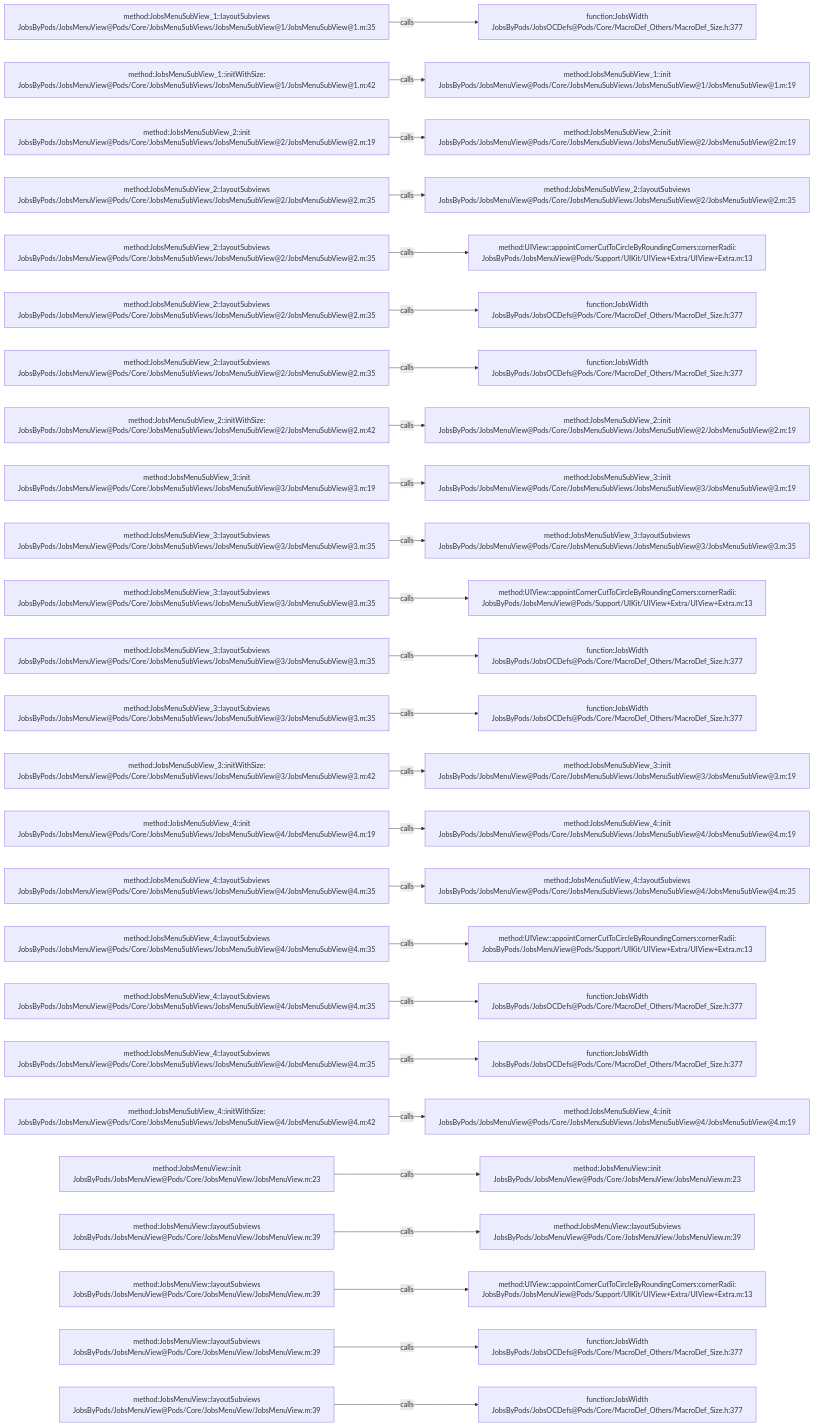
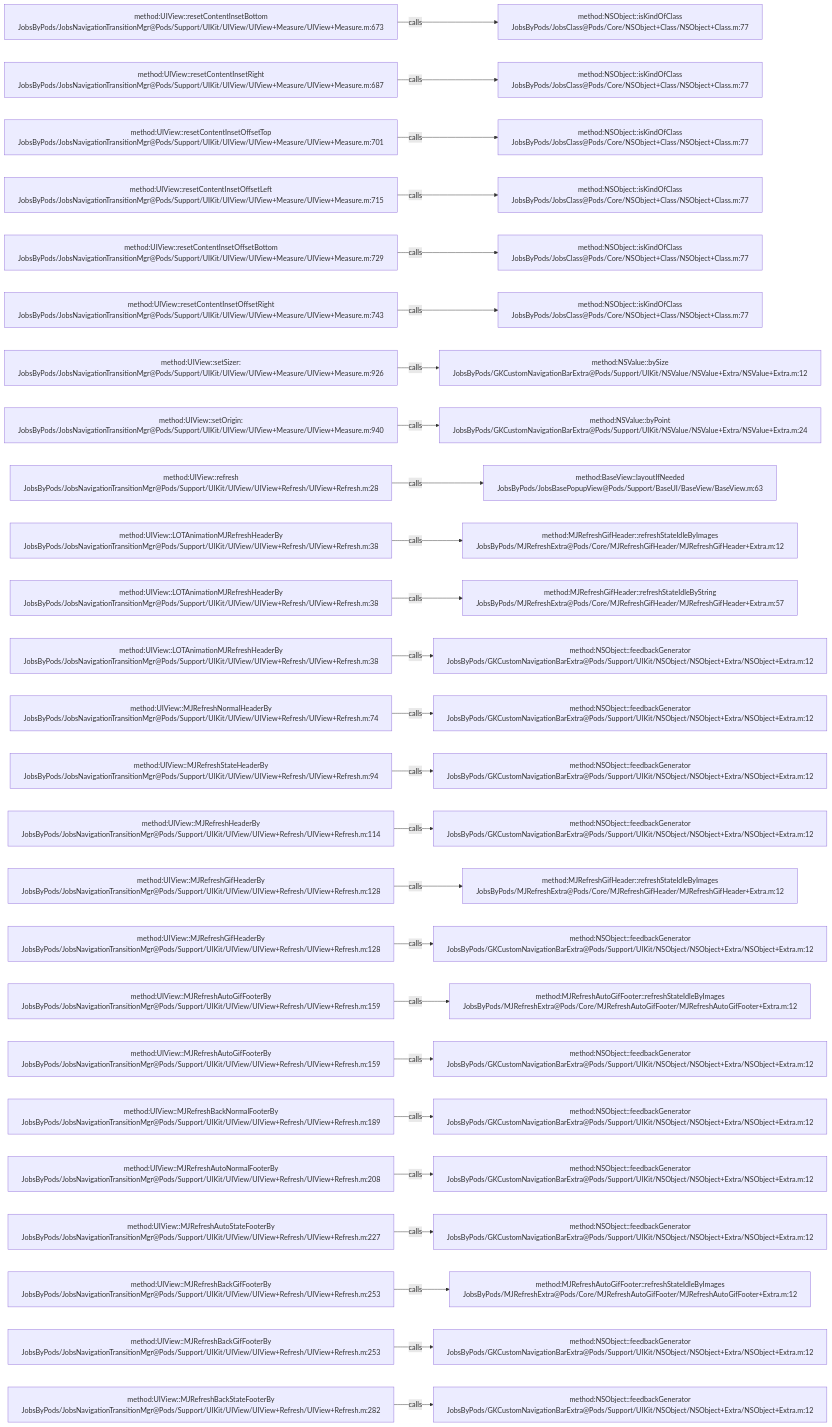
The diagram in .codegraph/codegraph.md/graphs/calls-141.md (JobsKits/JobsOCBaseConfigDemo), drawn with Mermaid before and after one commit. The commit also changed 1026 other files, not shown here.

````diff
--- a/.codegraph/codegraph.md/graphs/calls-141.md
+++ b/.codegraph/codegraph.md/graphs/calls-141.md
@@ -13,78 +13,78 @@
 ```mermaid
 flowchart LR
-  S1["method:JobsMenuSubView_1::layoutSubviews<br/>JobsByPods/JobsMenuView@Pods/Core/JobsMenuSubViews/JobsMenuSubView@1/JobsMenuSubView@1.m:35"]
-  T1["function:JobsWidth<br/>JobsByPods/JobsOCDefs@Pods/Core/MacroDef_Others/MacroDef_Size.h:377"]
+  S1["method:UIView::resetContentInsetBottom<br/>JobsByPods/JobsNavigationTransitionMgr@Pods/Support/UIKit/UIView/UIView+Measure/UIView+Measure.m:673"]
+  T1["method:NSObject::isKindOfClass<br/>JobsByPods/JobsClass@Pods/Core/NSObject+Class/NSObject+Class.m:77"]
   S1 -->|calls| T1
-  S2["method:JobsMenuSubView_1::initWithSize:<br/>JobsByPods/JobsMenuView@Pods/Core/JobsMenuSubViews/JobsMenuSubView@1/JobsMenuSubView@1.m:42"]
-  T2["method:JobsMenuSubView_1::init<br/>JobsByPods/JobsMenuView@Pods/Core/JobsMenuSubViews/JobsMenuSubView@1/JobsMenuSubView@1.m:19"]
+  S2["method:UIView::resetContentInsetRight<br/>JobsByPods/JobsNavigationTransitionMgr@Pods/Support/UIKit/UIView/UIView+Measure/UIView+Measure.m:687"]
+  T2["method:NSObject::isKindOfClass<br/>JobsByPods/JobsClass@Pods/Core/NSObject+Class/NSObject+Class.m:77"]
   S2 -->|calls| T2
-  S3["method:JobsMenuSubView_2::init<br/>JobsByPods/JobsMenuView@Pods/Core/JobsMenuSubViews/JobsMenuSubView@2/JobsMenuSubView@2.m:19"]
-  T3["method:JobsMenuSubView_2::init<br/>JobsByPods/JobsMenuView@Pods/Core/JobsMenuSubViews/JobsMenuSubView@2/JobsMenuSubView@2.m:19"]
+  S3["method:UIView::resetContentInsetOffsetTop<br/>JobsByPods/JobsNavigationTransitionMgr@Pods/Support/UIKit/UIView/UIView+Measure/UIView+Measure.m:701"]
+  T3["method:NSObject::isKindOfClass<br/>JobsByPods/JobsClass@Pods/Core/NSObject+Class/NSObject+Class.m:77"]
   S3 -->|calls| T3
-  S4["method:JobsMenuSubView_2::layoutSubviews<br/>JobsByPods/JobsMenuView@Pods/Core/JobsMenuSubViews/JobsMenuSubView@2/JobsMenuSubView@2.m:35"]
-  T4["method:JobsMenuSubView_2::layoutSubviews<br/>JobsByPods/JobsMenuView@Pods/Core/JobsMenuSubViews/JobsMenuSubView@2/JobsMenuSubView@2.m:35"]
+  S4["method:UIView::resetContentInsetOffsetLeft<br/>JobsByPods/JobsNavigationTransitionMgr@Pods/Support/UIKit/UIView/UIView+Measure/UIView+Measure.m:715"]
+  T4["method:NSObject::isKindOfClass<br/>JobsByPods/JobsClass@Pods/Core/NSObject+Class/NSObject+Class.m:77"]
   S4 -->|calls| T4
-  S5["method:JobsMenuSubView_2::layoutSubviews<br/>JobsByPods/JobsMenuView@Pods/Core/JobsMenuSubViews/JobsMenuSubView@2/JobsMenuSubView@2.m:35"]
-  T5["method:UIView::appointCornerCutToCircleByRoundingCorners:cornerRadii:<br/>JobsByPods/JobsMenuView@Pods/Support/UIKit/UIView+Extra/UIView+Extra.m:13"]
+  S5["method:UIView::resetContentInsetOffsetBottom<br/>JobsByPods/JobsNavigationTransitionMgr@Pods/Support/UIKit/UIView/UIView+Measure/UIView+Measure.m:729"]
+  T5["method:NSObject::isKindOfClass<br/>JobsByPods/JobsClass@Pods/Core/NSObject+Class/NSObject+Class.m:77"]
   S5 -->|calls| T5
-  S6["method:JobsMenuSubView_2::layoutSubviews<br/>JobsByPods/JobsMenuView@Pods/Core/JobsMenuSubViews/JobsMenuSubView@2/JobsMenuSubView@2.m:35"]
-  T6["function:JobsWidth<br/>JobsByPods/JobsOCDefs@Pods/Core/MacroDef_Others/MacroDef_Size.h:377"]
+  S6["method:UIView::resetContentInsetOffsetRight<br/>JobsByPods/JobsNavigationTransitionMgr@Pods/Support/UIKit/UIView/UIView+Measure/UIView+Measure.m:743"]
+  T6["method:NSObject::isKindOfClass<br/>JobsByPods/JobsClass@Pods/Core/NSObject+Class/NSObject+Class.m:77"]
   S6 -->|calls| T6
-  S7["method:JobsMenuSubView_2::layoutSubviews<br/>JobsByPods/JobsMenuView@Pods/Core/JobsMenuSubViews/JobsMenuSubView@2/JobsMenuSubView@2.m:35"]
-  T7["function:JobsWidth<br/>JobsByPods/JobsOCDefs@Pods/Core/MacroDef_Others/MacroDef_Size.h:377"]
+  S7["method:UIView::setSizer:<br/>JobsByPods/JobsNavigationTransitionMgr@Pods/Support/UIKit/UIView/UIView+Measure/UIView+Measure.m:926"]
+  T7["method:NSValue::bySize<br/>JobsByPods/GKCustomNavigationBarExtra@Pods/Support/UIKit/NSValue/NSValue+Extra/NSValue+Extra.m:12"]
   S7 -->|calls| T7
-  S8["method:JobsMenuSubView_2::initWithSize:<br/>JobsByPods/JobsMenuView@Pods/Core/JobsMenuSubViews/JobsMenuSubView@2/JobsMenuSubView@2.m:42"]
-  T8["method:JobsMenuSubView_2::init<br/>JobsByPods/JobsMenuView@Pods/Core/JobsMenuSubViews/JobsMenuSubView@2/JobsMenuSubView@2.m:19"]
+  S8["method:UIView::setOrigin:<br/>JobsByPods/JobsNavigationTransitionMgr@Pods/Support/UIKit/UIView/UIView+Measure/UIView+Measure.m:940"]
+  T8["method:NSValue::byPoint<br/>JobsByPods/GKCustomNavigationBarExtra@Pods/Support/UIKit/NSValue/NSValue+Extra/NSValue+Extra.m:24"]
   S8 -->|calls| T8
-  S9["method:JobsMenuSubView_3::init<br/>JobsByPods/JobsMenuView@Pods/Core/JobsMenuSubViews/JobsMenuSubView@3/JobsMenuSubView@3.m:19"]
-  T9["method:JobsMenuSubView_3::init<br/>JobsByPods/JobsMenuView@Pods/Core/JobsMenuSubViews/JobsMenuSubView@3/JobsMenuSubView@3.m:19"]
+  S9["method:UIView::refresh<br/>JobsByPods/JobsNavigationTransitionMgr@Pods/Support/UIKit/UIView/UIView+Refresh/UIView+Refresh.m:28"]
+  T9["method:BaseView::layoutIfNeeded<br/>JobsByPods/JobsBasePopupView@Pods/Support/BaseUI/BaseView/BaseView.m:63"]
   S9 -->|calls| T9
-  S10["method:JobsMenuSubView_3::layoutSubviews<br/>JobsByPods/JobsMenuView@Pods/Core/JobsMenuSubViews/JobsMenuSubView@3/JobsMenuSubView@3.m:35"]
-  T10["method:JobsMenuSubView_3::layoutSubviews<br/>JobsByPods/JobsMenuView@Pods/Core/JobsMenuSubViews/JobsMenuSubView@3/JobsMenuSubView@3.m:35"]
+  S10["method:UIView::LOTAnimationMJRefreshHeaderBy<br/>JobsByPods/JobsNavigationTransitionMgr@Pods/Support/UIKit/UIView/UIView+Refresh/UIView+Refresh.m:38"]
+  T10["method:MJRefreshGifHeader::refreshStateIdleByImages<br/>JobsByPods/MJRefreshExtra@Pods/Core/MJRefreshGifHeader/MJRefreshGifHeader+Extra.m:12"]
   S10 -->|calls| T10
-  S11["method:JobsMenuSubView_3::layoutSubviews<br/>JobsByPods/JobsMenuView@Pods/Core/JobsMenuSubViews/JobsMenuSubView@3/JobsMenuSubView@3.m:35"]
-  T11["method:UIView::appointCornerCutToCircleByRoundingCorners:cornerRadii:<br/>JobsByPods/JobsMenuView@Pods/Support/UIKit/UIView+Extra/UIView+Extra.m:13"]
+  S11["method:UIView::LOTAnimationMJRefreshHeaderBy<br/>JobsByPods/JobsNavigationTransitionMgr@Pods/Support/UIKit/UIView/UIView+Refresh/UIView+Refresh.m:38"]
+  T11["method:MJRefreshGifHeader::refreshStateIdleByString<br/>JobsByPods/MJRefreshExtra@Pods/Core/MJRefreshGifHeader/MJRefreshGifHeader+Extra.m:57"]
   S11 -->|calls| T11
-  S12["method:JobsMenuSubView_3::layoutSubviews<br/>JobsByPods/JobsMenuView@Pods/Core/JobsMenuSubViews/JobsMenuSubView@3/JobsMenuSubView@3.m:35"]
-  T12["function:JobsWidth<br/>JobsByPods/JobsOCDefs@Pods/Core/MacroDef_Others/MacroDef_Size.h:377"]
+  S12["method:UIView::LOTAnimationMJRefreshHeaderBy<br/>JobsByPods/JobsNavigationTransitionMgr@Pods/Support/UIKit/UIView/UIView+Refresh/UIView+Refresh.m:38"]
+  T12["method:NSObject::feedbackGenerator<br/>JobsByPods/GKCustomNavigationBarExtra@Pods/Support/UIKit/NSObject/NSObject+Extra/NSObject+Extra.m:12"]
   S12 -->|calls| T12
-  S13["method:JobsMenuSubView_3::layoutSubviews<br/>JobsByPods/JobsMenuView@Pods/Core/JobsMenuSubViews/JobsMenuSubView@3/JobsMenuSubView@3.m:35"]
-  T13["function:JobsWidth<br/>JobsByPods/JobsOCDefs@Pods/Core/MacroDef_Others/MacroDef_Size.h:377"]
+  S13["method:UIView::MJRefreshNormalHeaderBy<br/>JobsByPods/JobsNavigationTransitionMgr@Pods/Support/UIKit/UIView/UIView+Refresh/UIView+Refresh.m:74"]
+  T13["method:NSObject::feedbackGenerator<br/>JobsByPods/GKCustomNavigationBarExtra@Pods/Support/UIKit/NSObject/NSObject+Extra/NSObject+Extra.m:12"]
   S13 -->|calls| T13
-  S14["method:JobsMenuSubView_3::initWithSize:<br/>JobsByPods/JobsMenuView@Pods/Core/JobsMenuSubViews/JobsMenuSubView@3/JobsMenuSubView@3.m:42"]
-  T14["method:JobsMenuSubView_3::init<br/>JobsByPods/JobsMenuView@Pods/Core/JobsMenuSubViews/JobsMenuSubView@3/JobsMenuSubView@3.m:19"]
+  S14["method:UIView::MJRefreshStateHeaderBy<br/>JobsByPods/JobsNavigationTransitionMgr@Pods/Support/UIKit/UIView/UIView+Refresh/UIView+Refresh.m:94"]
+  T14["method:NSObject::feedbackGenerator<br/>JobsByPods/GKCustomNavigationBarExtra@Pods/Support/UIKit/NSObject/NSObject+Extra/NSObject+Extra.m:12"]
   S14 -->|calls| T14
-  S15["method:JobsMenuSubView_4::init<br/>JobsByPods/JobsMenuView@Pods/Core/JobsMenuSubViews/JobsMenuSubView@4/JobsMenuSubView@4.m:19"]
-  T15["method:JobsMenuSubView_4::init<br/>JobsByPods/JobsMenuView@Pods/Core/JobsMenuSubViews/JobsMenuSubView@4/JobsMenuSubView@4.m:19"]
+  S15["method:UIView::MJRefreshHeaderBy<br/>JobsByPods/JobsNavigationTransitionMgr@Pods/Support/UIKit/UIView/UIView+Refresh/UIView+Refresh.m:114"]
+  T15["method:NSObject::feedbackGenerator<br/>JobsByPods/GKCustomNavigationBarExtra@Pods/Support/UIKit/NSObject/NSObject+Extra/NSObject+Extra.m:12"]
   S15 -->|calls| T15
-  S16["method:JobsMenuSubView_4::layoutSubviews<br/>JobsByPods/JobsMenuView@Pods/Core/JobsMenuSubViews/JobsMenuSubView@4/JobsMenuSubView@4.m:35"]
-  T16["method:JobsMenuSubView_4::layoutSubviews<br/>JobsByPods/JobsMenuView@Pods/Core/JobsMenuSubViews/JobsMenuSubView@4/JobsMenuSubView@4.m:35"]
+  S16["method:UIView::MJRefreshGifHeaderBy<br/>JobsByPods/JobsNavigationTransitionMgr@Pods/Support/UIKit/UIView/UIView+Refresh/UIView+Refresh.m:128"]
+  T16["method:MJRefreshGifHeader::refreshStateIdleByImages<br/>JobsByPods/MJRefreshExtra@Pods/Core/MJRefreshGifHeader/MJRefreshGifHeader+Extra.m:12"]
   S16 -->|calls| T16
-  S17["method:JobsMenuSubView_4::layoutSubviews<br/>JobsByPods/JobsMenuView@Pods/Core/JobsMenuSubViews/JobsMenuSubView@4/JobsMenuSubView@4.m:35"]
-  T17["method:UIView::appointCornerCutToCircleByRoundingCorners:cornerRadii:<br/>JobsByPods/JobsMenuView@Pods/Support/UIKit/UIView+Extra/UIView+Extra.m:13"]
+  S17["method:UIView::MJRefreshGifHeaderBy<br/>JobsByPods/JobsNavigationTransitionMgr@Pods/Support/UIKit/UIView/UIView+Refresh/UIView+Refresh.m:128"]
+  T17["method:NSObject::feedbackGenerator<br/>JobsByPods/GKCustomNavigationBarExtra@Pods/Support/UIKit/NSObject/NSObject+Extra/NSObject+Extra.m:12"]
   S17 -->|calls| T17
-  S18["method:JobsMenuSubView_4::layoutSubviews<br/>JobsByPods/JobsMenuView@Pods/Core/JobsMenuSubViews/JobsMenuSubView@4/JobsMenuSubView@4.m:35"]
-  T18["function:JobsWidth<br/>JobsByPods/JobsOCDefs@Pods/Core/MacroDef_Others/MacroDef_Size.h:377"]
+  S18["method:UIView::MJRefreshAutoGifFooterBy<br/>JobsByPods/JobsNavigationTransitionMgr@Pods/Support/UIKit/UIView/UIView+Refresh/UIView+Refresh.m:159"]
+  T18["method:MJRefreshAutoGifFooter::refreshStateIdleByImages<br/>JobsByPods/MJRefreshExtra@Pods/Core/MJRefreshAutoGifFooter/MJRefreshAutoGifFooter+Extra.m:12"]
   S18 -->|calls| T18
-  S19["method:JobsMenuSubView_4::layoutSubviews<br/>JobsByPods/JobsMenuView@Pods/Core/JobsMenuSubViews/JobsMenuSubView@4/JobsMenuSubView@4.m:35"]
-  T19["function:JobsWidth<br/>JobsByPods/JobsOCDefs@Pods/Core/MacroDef_Others/MacroDef_Size.h:377"]
+  S19["method:UIView::MJRefreshAutoGifFooterBy<br/>JobsByPods/JobsNavigationTransitionMgr@Pods/Support/UIKit/UIView/UIView+Refresh/UIView+Refresh.m:159"]
+  T19["method:NSObject::feedbackGenerator<br/>JobsByPods/GKCustomNavigationBarExtra@Pods/Support/UIKit/NSObject/NSObject+Extra/NSObject+Extra.m:12"]
   S19 -->|calls| T19
-  S20["method:JobsMenuSubView_4::initWithSize:<br/>JobsByPods/JobsMenuView@Pods/Core/JobsMenuSubViews/JobsMenuSubView@4/JobsMenuSubView@4.m:42"]
-  T20["method:JobsMenuSubView_4::init<br/>JobsByPods/JobsMenuView@Pods/Core/JobsMenuSubViews/JobsMenuSubView@4/JobsMenuSubView@4.m:19"]
+  S20["method:UIView::MJRefreshBackNormalFooterBy<br/>JobsByPods/JobsNavigationTransitionMgr@Pods/Support/UIKit/UIView/UIView+Refresh/UIView+Refresh.m:189"]
+  T20["method:NSObject::feedbackGenerator<br/>JobsByPods/GKCustomNavigationBarExtra@Pods/Support/UIKit/NSObject/NSObject+Extra/NSObject+Extra.m:12"]
   S20 -->|calls| T20
-  S21["method:JobsMenuView::init<br/>JobsByPods/JobsMenuView@Pods/Core/JobsMenuView/JobsMenuView.m:23"]
-  T21["method:JobsMenuView::init<br/>JobsByPods/JobsMenuView@Pods/Core/JobsMenuView/JobsMenuView.m:23"]
+  S21["method:UIView::MJRefreshAutoNormalFooterBy<br/>JobsByPods/JobsNavigationTransitionMgr@Pods/Support/UIKit/UIView/UIView+Refresh/UIView+Refresh.m:208"]
+  T21["method:NSObject::feedbackGenerator<br/>JobsByPods/GKCustomNavigationBarExtra@Pods/Support/UIKit/NSObject/NSObject+Extra/NSObject+Extra.m:12"]
   S21 -->|calls| T21
-  S22["method:JobsMenuView::layoutSubviews<br/>JobsByPods/JobsMenuView@Pods/Core/JobsMenuView/JobsMenuView.m:39"]
-  T22["method:JobsMenuView::layoutSubviews<br/>JobsByPods/JobsMenuView@Pods/Core/JobsMenuView/JobsMenuView.m:39"]
+  S22["method:UIView::MJRefreshAutoStateFooterBy<br/>JobsByPods/JobsNavigationTransitionMgr@Pods/Support/UIKit/UIView/UIView+Refresh/UIView+Refresh.m:227"]
+  T22["method:NSObject::feedbackGenerator<br/>JobsByPods/GKCustomNavigationBarExtra@Pods/Support/UIKit/NSObject/NSObject+Extra/NSObject+Extra.m:12"]
   S22 -->|calls| T22
-  S23["method:JobsMenuView::layoutSubviews<br/>JobsByPods/JobsMenuView@Pods/Core/JobsMenuView/JobsMenuView.m:39"]
-  T23["method:UIView::appointCornerCutToCircleByRoundingCorners:cornerRadii:<br/>JobsByPods/JobsMenuView@Pods/Support/UIKit/UIView+Extra/UIView+Extra.m:13"]
+  S23["method:UIView::MJRefreshBackGifFooterBy<br/>JobsByPods/JobsNavigationTransitionMgr@Pods/Support/UIKit/UIView/UIView+Refresh/UIView+Refresh.m:253"]
+  T23["method:MJRefreshAutoGifFooter::refreshStateIdleByImages<br/>JobsByPods/MJRefreshExtra@Pods/Core/MJRefreshAutoGifFooter/MJRefreshAutoGifFooter+Extra.m:12"]
   S23 -->|calls| T23
-  S24["method:JobsMenuView::layoutSubviews<br/>JobsByPods/JobsMenuView@Pods/Core/JobsMenuView/JobsMenuView.m:39"]
-  T24["function:JobsWidth<br/>JobsByPods/JobsOCDefs@Pods/Core/MacroDef_Others/MacroDef_Size.h:377"]
+  S24["method:UIView::MJRefreshBackGifFooterBy<br/>JobsByPods/JobsNavigationTransitionMgr@Pods/Support/UIKit/UIView/UIView+Refresh/UIView+Refresh.m:253"]
+  T24["method:NSObject::feedbackGenerator<br/>JobsByPods/GKCustomNavigationBarExtra@Pods/Support/UIKit/NSObject/NSObject+Extra/NSObject+Extra.m:12"]
   S24 -->|calls| T24
-  S25["method:JobsMenuView::layoutSubviews<br/>JobsByPods/JobsMenuView@Pods/Core/JobsMenuView/JobsMenuView.m:39"]
-  T25["function:JobsWidth<br/>JobsByPods/JobsOCDefs@Pods/Core/MacroDef_Others/MacroDef_Size.h:377"]
+  S25["method:UIView::MJRefreshBackStateFooterBy<br/>JobsByPods/JobsNavigationTransitionMgr@Pods/Support/UIKit/UIView/UIView+Refresh/UIView+Refresh.m:282"]
+  T25["method:NSObject::feedbackGenerator<br/>JobsByPods/GKCustomNavigationBarExtra@Pods/Support/UIKit/NSObject/NSObject+Extra/NSObject+Extra.m:12"]
   S25 -->|calls| T25
 ```
````
